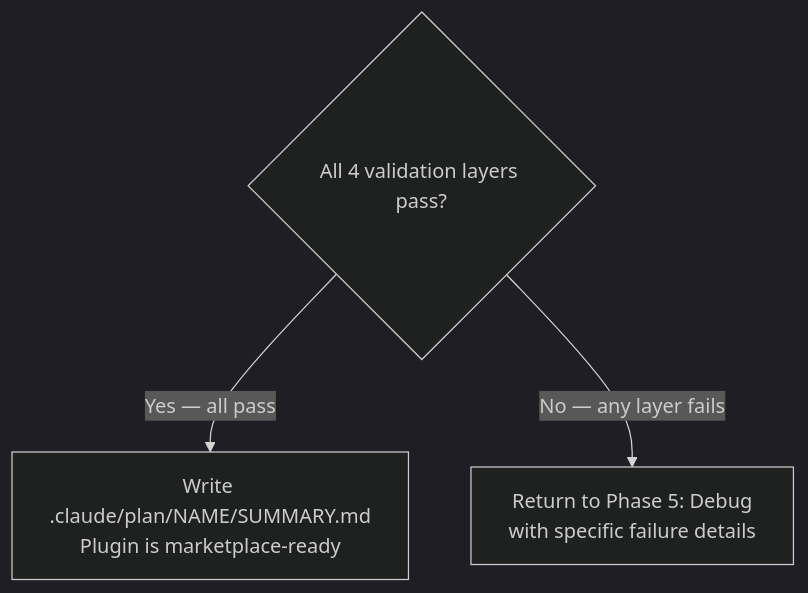
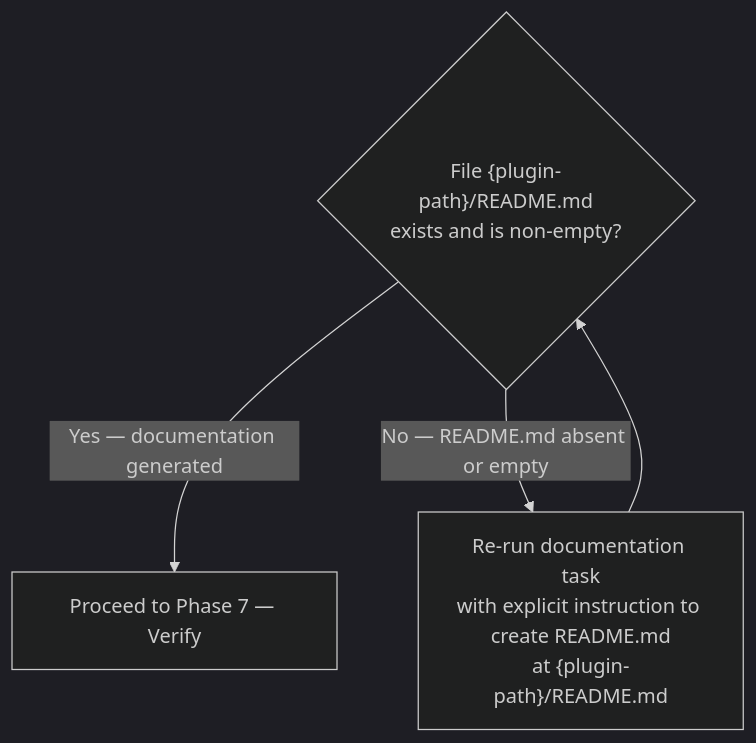
The tenth of 11 diagrams in plugins/plugin-creator/skills/plugin-lifecycle/SKILL.md (chgreer1070/claude_skills), drawn with Mermaid (dark theme) before and after one commit. The commit also changed other lines of this file and 4 other files, not shown here.

````diff
--- a/plugins/plugin-creator/skills/plugin-lifecycle/SKILL.md
+++ b/plugins/plugin-creator/skills/plugin-lifecycle/SKILL.md
@@ -435,6 +490,7 @@
 ```mermaid
 flowchart TD
-    Q{"All 4 validation layers pass?"}
-    Q -->|"Yes — all pass"| Done["Write .claude/plan/NAME/SUMMARY.md<br>Plugin is marketplace-ready"]
-    Q -->|"No — any layer fails"| Return["Return to Phase 5: Debug<br>with specific failure details"]
+    Q{"File {plugin-path}/README.md<br>exists and is non-empty?"}
+    Q -->|"Yes — documentation generated"| Next["Proceed to Phase 7 — Verify"]
+    Q -->|"No — README.md absent or empty"| Retry["Re-run documentation task<br>with explicit instruction to create README.md<br>at {plugin-path}/README.md"]
+    Retry --> Q
 ```
````
